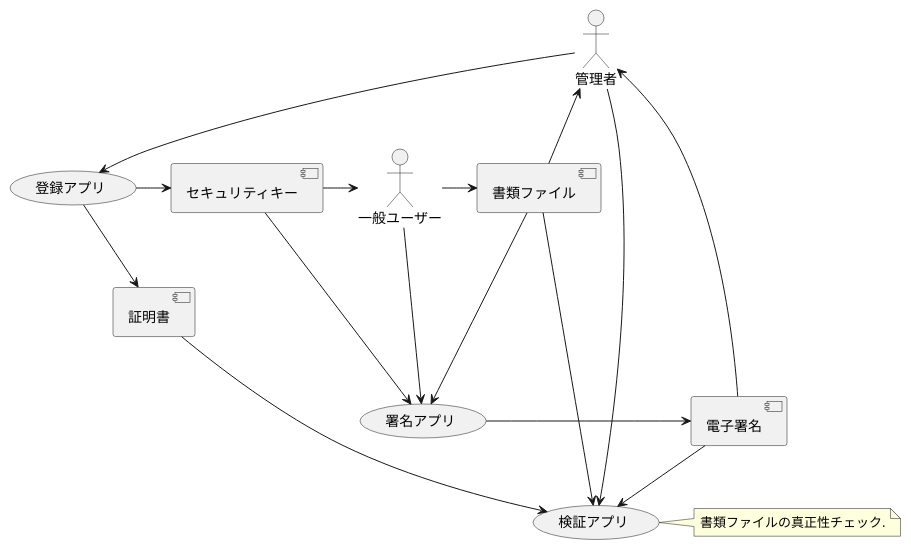
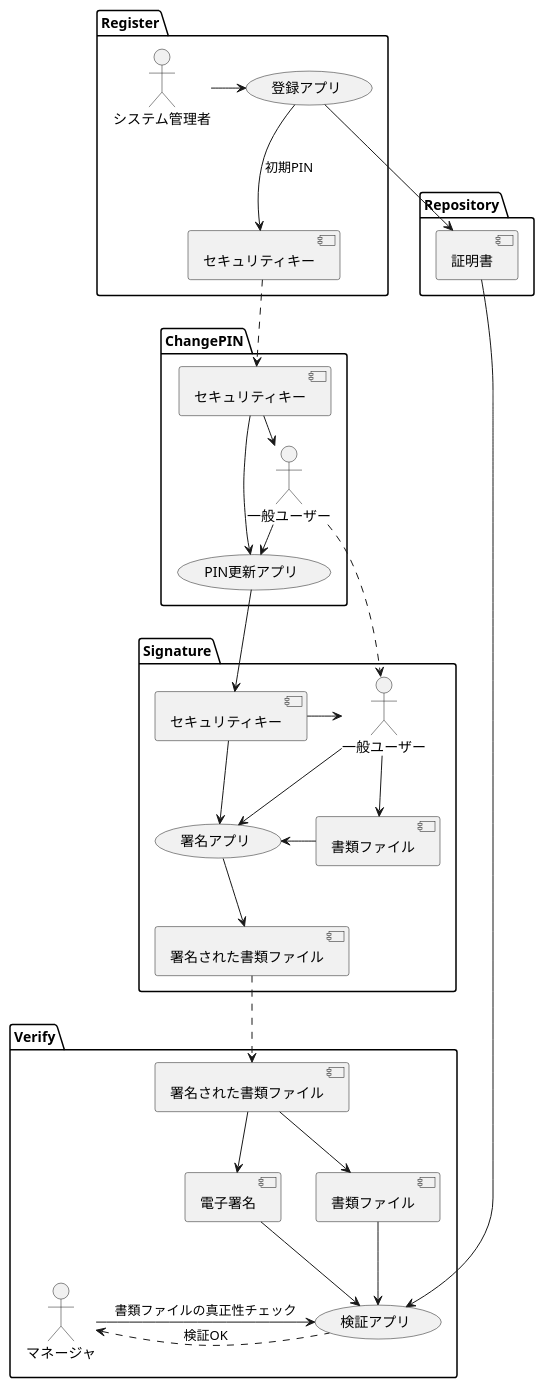
The diagram in Source/pu/01.pu (gebogebogebo/GeboSig), drawn with PlantUML before and after one commit.

```diff
--- a/Source/pu/01.pu
+++ b/Source/pu/01.pu
@@ -1,34 +1,70 @@
 @startuml
 
-:管理者: as Admin
-:一般ユーザー: as User
+package "Repository" {
+    [証明書] as Cert
+}
 
-(登録アプリ) as GeboSigRegister
-(署名アプリ) as GeboSigSignature
-(検証アプリ) as GeboSigVerify
+package "Register" {
+    :システム管理者: as Admin
+    [セキュリティキー] as Authenticator
+    (登録アプリ) as GeboSigRegister
 
-[セキュリティキー] as Authenticator
-[証明書] as Cert
-[書類ファイル] as Document
-[電子署名] as Sig
+    Admin -> GeboSigRegister
+    GeboSigRegister -down-> Authenticator : 初期PIN
+    GeboSigRegister -down-> Cert
+}
 
-Admin -> GeboSigRegister
-GeboSigRegister -> Authenticator
-GeboSigRegister -> Cert
+package "ChangePIN" {
+    :一般ユーザー: as User0
+    [セキュリティキー] as Authenticator1
+    (PIN更新アプリ) as GeboSigChangePIN
 
-Authenticator -> User
-User -> Document
-User -> GeboSigSignature
-Document ---> GeboSigSignature
-Authenticator --> GeboSigSignature
-GeboSigSignature -> Sig
+    Authenticator .down.> Authenticator1
+    Authenticator1 -right-> User0
+    Authenticator1 -down-> GeboSigChangePIN
+    User0 -> GeboSigChangePIN
+}
 
-Document --> Admin
-Sig --> Admin
-Sig --> GeboSigVerify
-Admin -> GeboSigVerify
-Document -> GeboSigVerify
-Cert -> GeboSigVerify
-note right of GeboSigVerify : 書類ファイルの真正性チェック.
+package "Signature" {
+    [セキュリティキー] as Authenticator2
+    :一般ユーザー: as User
+    (署名アプリ) as GeboSigSignature
+    [書類ファイル] as Document
+    '[電子署名] as Sig
+    [署名された書類ファイル] as Zip
+
+    User0 .down.> User
+    GeboSigChangePIN -down-> Authenticator2
+    Authenticator2 -> User
+    User -down-> Document
+    User -> GeboSigSignature
+    Document -> GeboSigSignature  
+    Authenticator2 -> GeboSigSignature
+    GeboSigSignature -down-> Zip
+}
+
+package "Verify" {
+    [署名された書類ファイル] as Zip2
+    :マネージャ: as Manager
+    [書類ファイル] as Document2
+    [電子署名] as Sig2
+    (検証アプリ) as GeboSigVerify
+
+    Zip .down.> Zip2
+    Zip2 -down-> Document2
+    Zip2 -down-> Sig2
+    Manager -> GeboSigVerify : 書類ファイルの真正性チェック 
+    Manager <. GeboSigVerify : 検証OK 
+
+    Cert -> GeboSigVerify
+    Sig2 -down-> GeboSigVerify 
+    Document2 -down-> GeboSigVerify
+
+}
+
+
+
+
+
 
 @enduml
```
